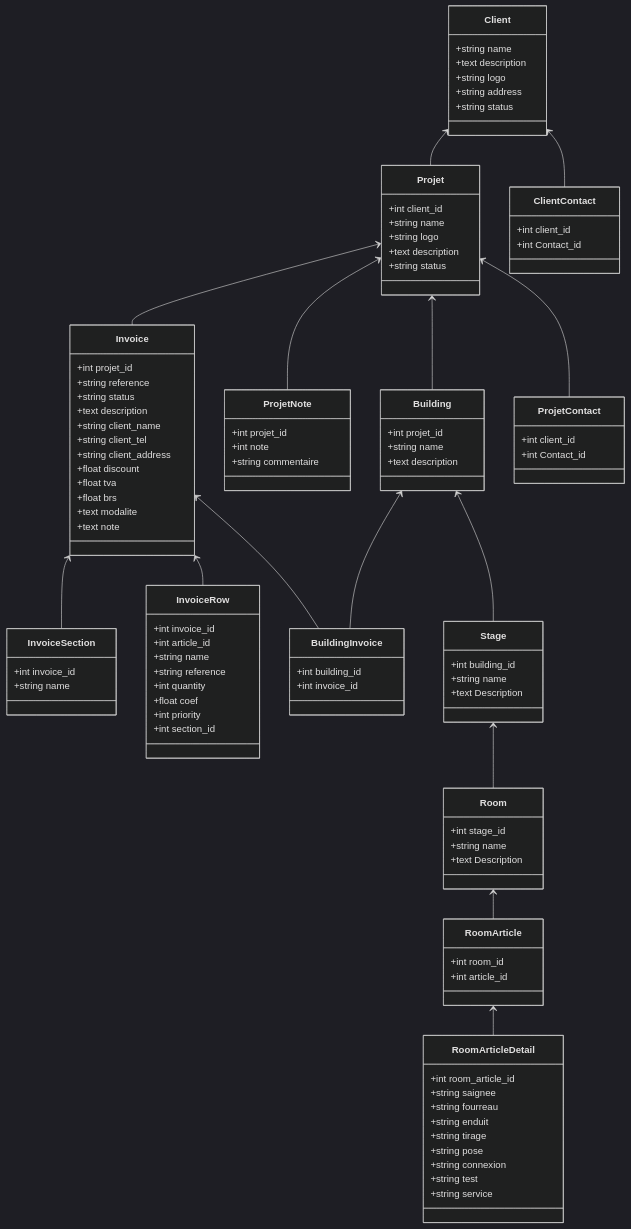
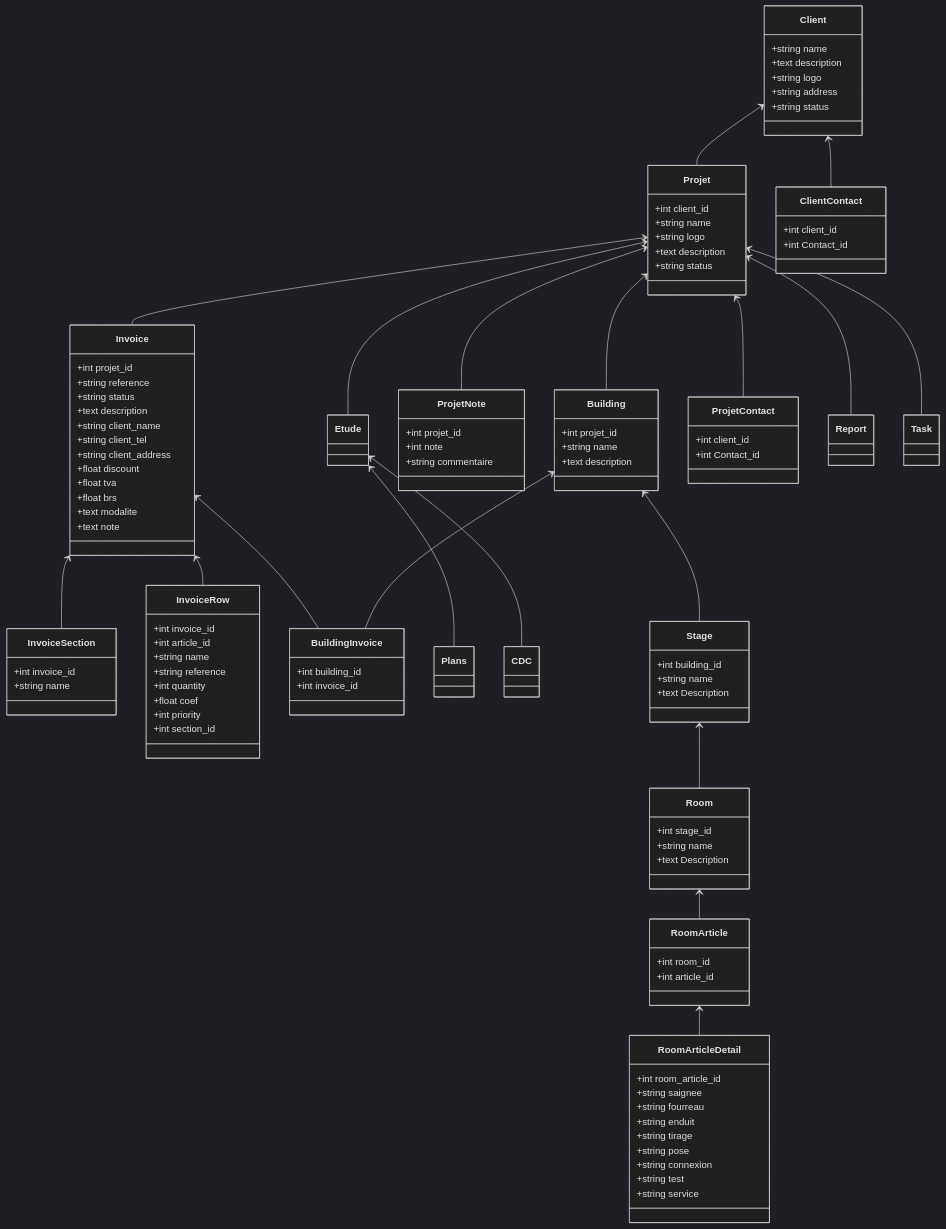
The first of 2 diagrams in public/documents/01_Projets.md (desmond8500/Dash-API-Model), drawn with Mermaid (dark theme) before and after one commit. The commit also changed 6 other files, not shown here.

```diff
--- a/public/documents/01_Projets.md
+++ b/public/documents/01_Projets.md
@@ -9,13 +9,19 @@
 Client <-- ClientContact
 
 Projet <-- Invoice
+Projet <-- Etude
 Projet <-- ProjetNote
 Projet <-- Building
 Projet <-- ProjetContact
+Projet <-- Report
+Projet <-- Task
 
 Invoice <-- InvoiceSection
 Invoice <-- InvoiceRow
 Invoice <-- BuildingInvoice
+
+Etude <-- Plans
+Etude <-- CDC
 
 Building <-- Stage
 Stage <-- Room
```
